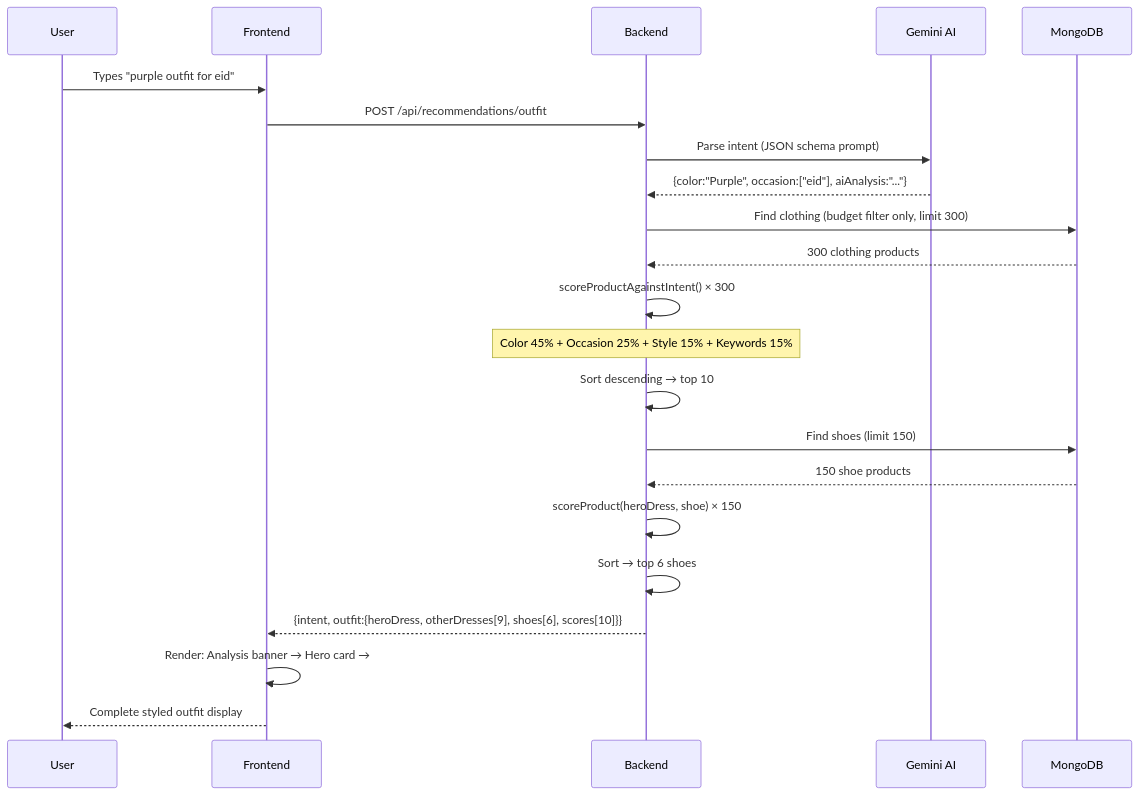
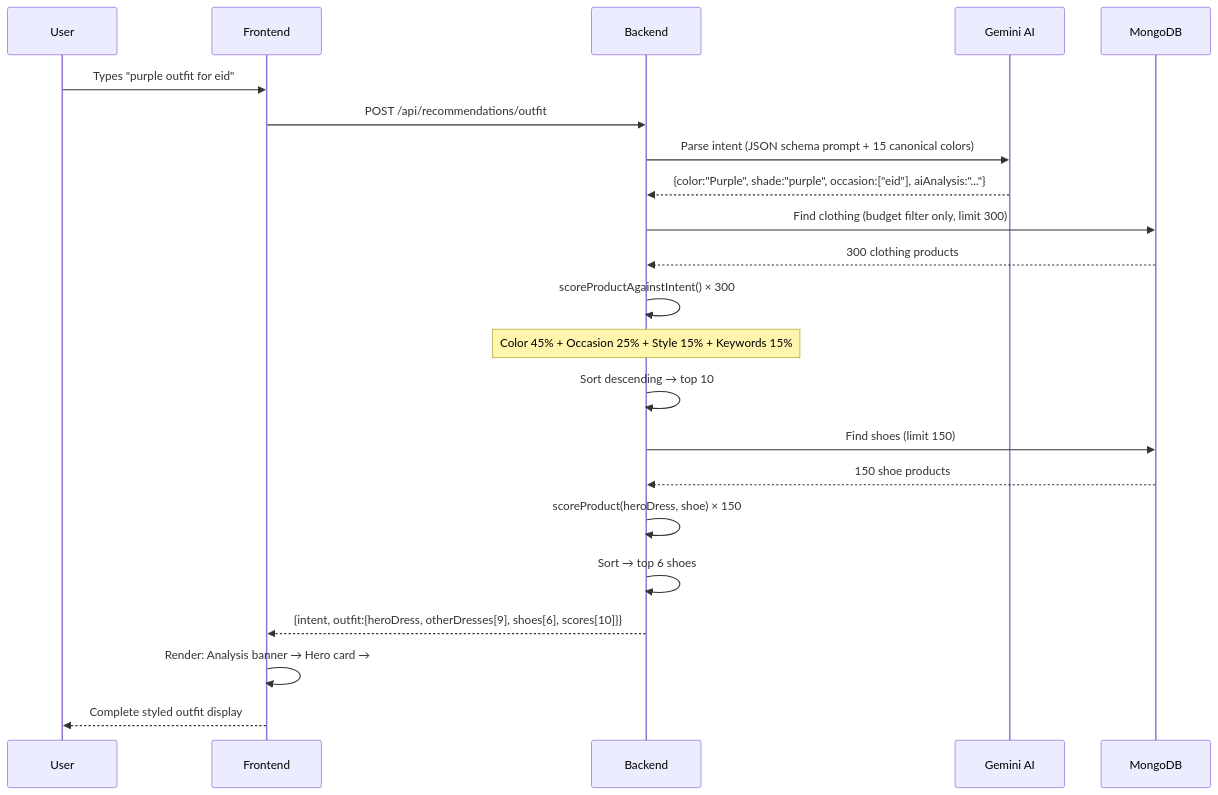
The first of 2 diagrams in AURAFIT_DOCUMENTATION.md (zainabraza06/AuraFit), drawn with Mermaid before and after one commit. The commit also changed other lines of this file and 2 other files, not shown here.

````diff
--- a/AURAFIT_DOCUMENTATION.md
+++ b/AURAFIT_DOCUMENTATION.md
@@ -725,25 +725,25 @@
 ```mermaid
 sequenceDiagram
     participant U as User
     participant FE as Frontend
     participant BE as Backend
     participant G as Gemini AI
     participant DB as MongoDB
 
     U->>FE: Types "purple outfit for eid"
     FE->>BE: POST /api/recommendations/outfit
-    BE->>G: Parse intent (JSON schema prompt)
-    G-->>BE: {color:"Purple", occasion:["eid"], aiAnalysis:"..."}
+    BE->>G: Parse intent (JSON schema prompt + 15 canonical colors)
+    G-->>BE: {color:"Purple", shade:"purple", occasion:["eid"], aiAnalysis:"..."}
     BE->>DB: Find clothing (budget filter only, limit 300)
     DB-->>BE: 300 clothing products
     BE->>BE: scoreProductAgainstIntent() × 300
     Note over BE: Color 45% + Occasion 25% + Style 15% + Keywords 15%
     BE->>BE: Sort descending → top 10
     BE->>DB: Find shoes (limit 150)
     DB-->>BE: 150 shoe products
     BE->>BE: scoreProduct(heroDress, shoe) × 150
     BE->>BE: Sort → top 6 shoes
     BE-->>FE: {intent, outfit:{heroDress, otherDresses[9], shoes[6], scores[10]}}
     FE->>FE: Render: Analysis banner → Hero card → #2-10 grid → Shoes
     FE-->>U: Complete styled outfit display
 ```
````
